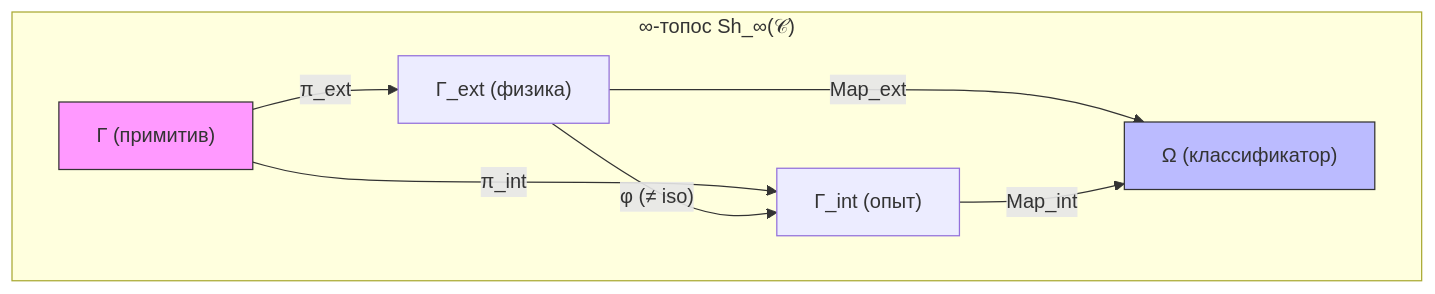
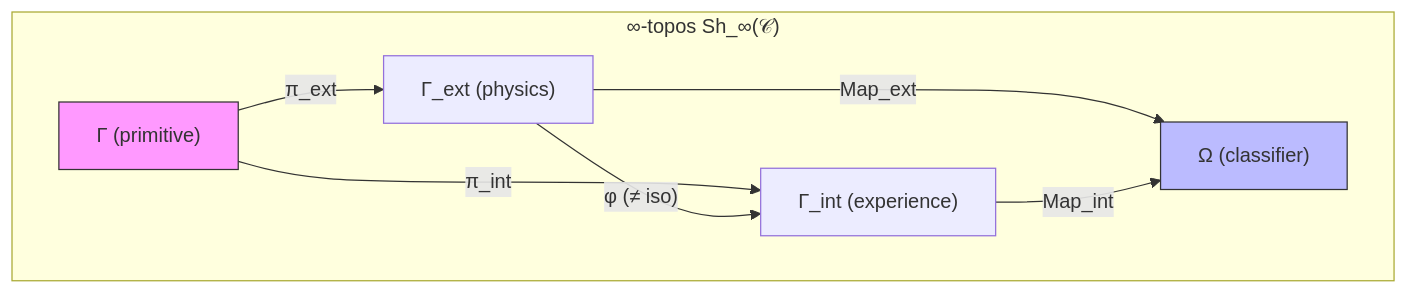
The third of 3 diagrams in website/docs/consciousness/foundations/two-aspect-monism.md (gst-st/uhm), drawn with Mermaid before and after one commit. The commit also changed other lines of this file and 79 other files, not shown here.

````diff
--- a/website/docs/consciousness/foundations/two-aspect-monism.md
+++ b/website/docs/consciousness/foundations/two-aspect-monism.md
@@ -293,19 +293,19 @@
 ```mermaid
 graph TB
-    subgraph "∞-топос Sh_∞(𝒞)"
-        Gamma["Γ (примитив)"]
-        GammaExt["Γ_ext (физика)"]
-        GammaInt["Γ_int (опыт)"]
-        Omega["Ω (классификатор)"]
+    subgraph "∞-topos Sh_∞(𝒞)"
+        Gamma["Γ (primitive)"]
+        GammaExt["Γ_ext (physics)"]
+        GammaInt["Γ_int (experience)"]
+        Omega["Ω (classifier)"]
     end
 
     Gamma --> |"π_ext"| GammaExt
     Gamma --> |"π_int"| GammaInt
     GammaExt --> |"φ (≠ iso)"| GammaInt
 
     GammaExt --> |"Map_ext"| Omega
     GammaInt --> |"Map_int"| Omega
 
     style Gamma fill:#f9f,stroke:#333
     style Omega fill:#bbf,stroke:#333
 ```
````
